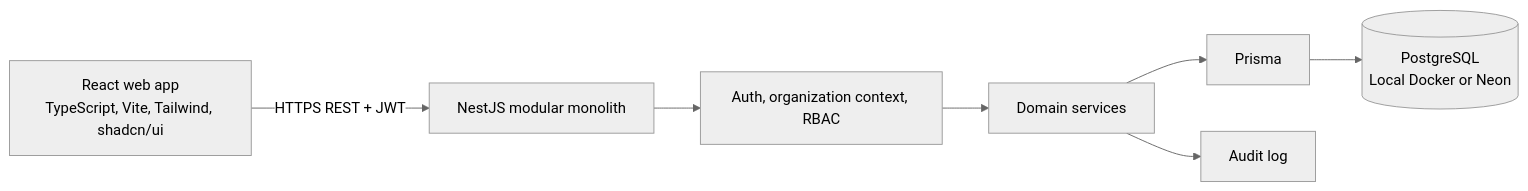
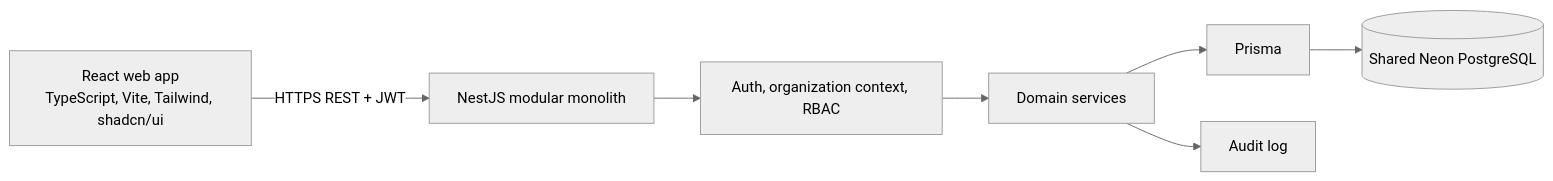
The diagram in docs/ARCHITECTURE.md (Beast123-cmd/Subscription-management), drawn with Mermaid (neutral theme) before and after one commit. The commit also changed other lines of this file and 30 other files, not shown here.

````diff
--- a/docs/ARCHITECTURE.md
+++ b/docs/ARCHITECTURE.md
@@ -7,9 +7,9 @@
 ```mermaid
 flowchart LR
   W[React web app\nTypeScript, Vite, Tailwind, shadcn/ui] -->|HTTPS REST + JWT| A[NestJS modular monolith]
   A --> G[Auth, organization context, RBAC]
   G --> D[Domain services]
   D --> P[Prisma]
-  P --> DB[(PostgreSQL\nLocal Docker or Neon)]
+  P --> DB[(Shared Neon PostgreSQL)]
   D --> AL[Audit log]
 ```
````
